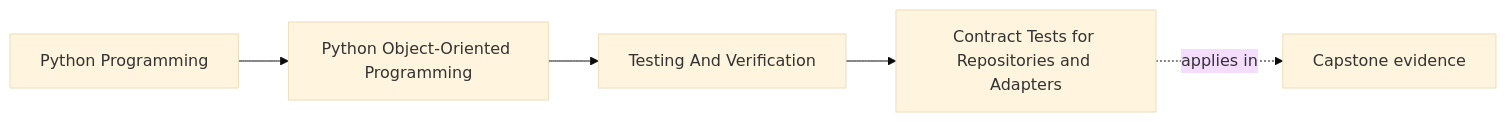
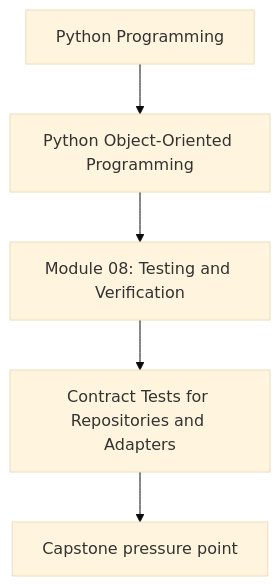
The first of 2 diagrams in programs/python-programming/python-object-oriented-programming/course-book/module-08-testing-and-verification/contract-tests-for-repositories-and-adapters.md (bijux/bijux-masterclass), drawn with Mermaid (base theme) before and after one commit. The commit also changed other lines of this file and 107 other files, not shown here.

Commit message:
docs(python-object-oriented-programming): align concept page diagrams

````diff
--- a/programs/python-programming/python-object-oriented-programming/course-book/module-08-testing-and-verification/contract-tests-for-repositories-and-adapters.md
+++ b/programs/python-programming/python-object-oriented-programming/course-book/module-08-testing-and-verification/contract-tests-for-repositories-and-adapters.md
@@ -7,11 +7,7 @@
 ```mermaid
-graph LR
-  family["Python Programming"]
-  program["Python Object-Oriented Programming"]
-  section["Testing And Verification"]
-  page["Contract Tests for Repositories and Adapters"]
-  capstone["Capstone evidence"]
-
-  family --> program --> section --> page
-  page -.applies in.-> capstone
+flowchart TD
+  family["Python Programming"] --> program["Python Object-Oriented Programming"]
+  program --> module["Module 08: Testing and Verification"]
+  module --> concept["Contract Tests for Repositories and Adapters"]
+  concept --> capstone["Capstone pressure point"]
 ```
````
